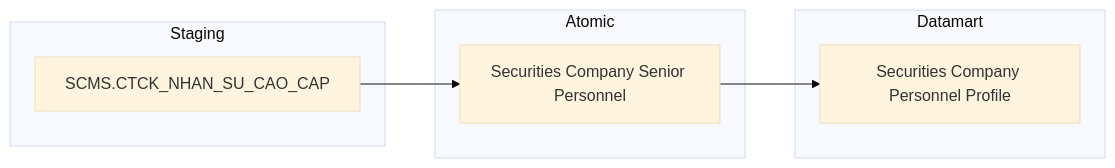
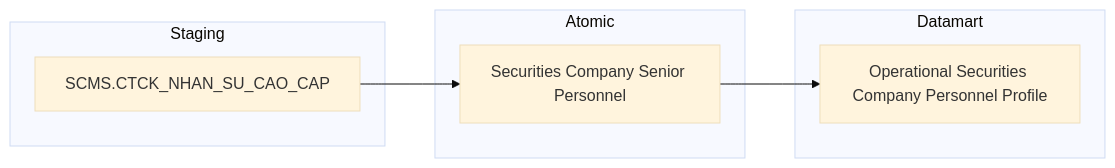
Diagram 11 of 32 in Datamart/hld/DTM_QLKD_HLD.md (linhlvit/ubck_atomic_design), drawn with Mermaid (base theme) before and after one commit. The commit also changed other lines of this file and 62 other files, not shown here.

````diff
--- a/Datamart/hld/DTM_QLKD_HLD.md
+++ b/Datamart/hld/DTM_QLKD_HLD.md
@@ -441,17 +444,17 @@
 ```mermaid
 flowchart LR
     subgraph SRC["Staging"]
         S1["SCMS.CTCK_NHAN_SU_CAO_CAP"]
     end
 
     subgraph SIL["Atomic"]
         SV1["Securities Company Senior Personnel"]
     end
 
     subgraph Datamart["Datamart"]
-        G1["Securities Company Personnel Profile"]
+        G1["Operational Securities Company Personnel Profile"]
     end
 
     S1 --> SV1
     SV1 --> G1
 ```
````
